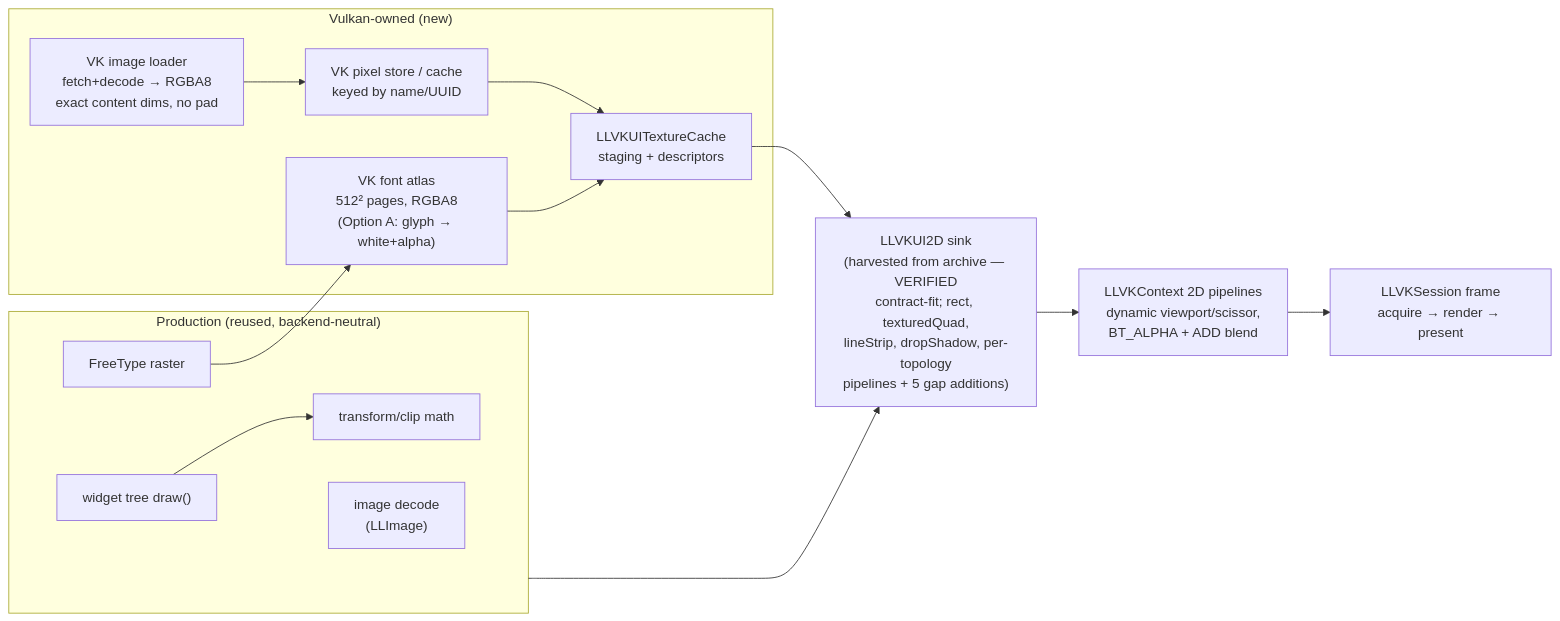
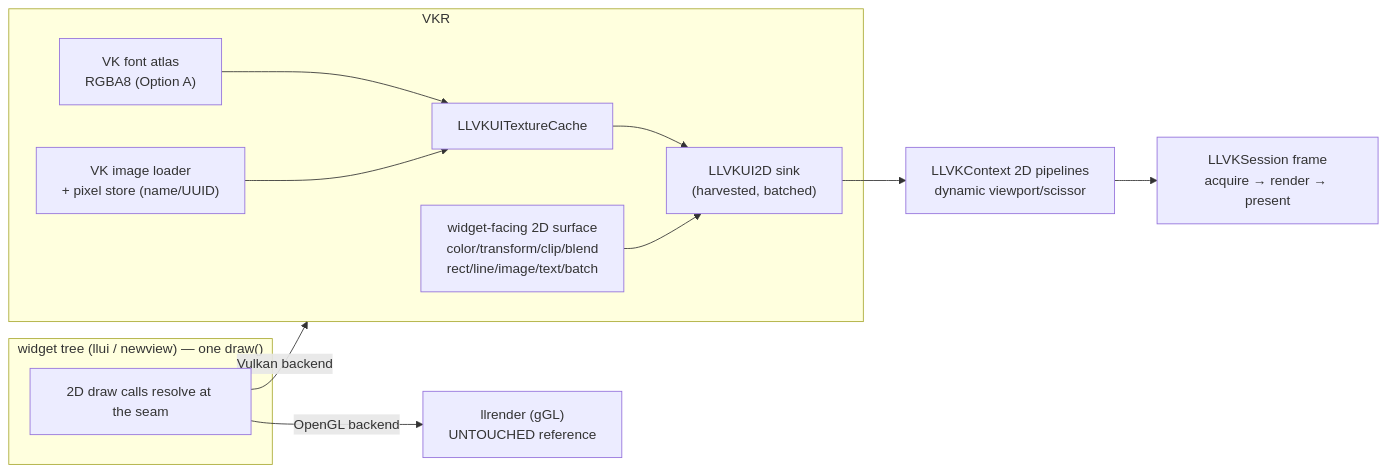
Before and after one commit to FirestormViewer/phoenix-firestorm: the second of 2 diagrams in doc/vulkan/phase3_v2_ui_plan.md, drawn with Mermaid. The commit also changed other lines of this file, not shown here.

First line of the commit message:
Phase 3 (v2): fully-parallel llvkrender architecture (decided)

````diff
--- a/doc/vulkan/phase3_v2_ui_plan.md
+++ b/doc/vulkan/phase3_v2_ui_plan.md
@@ -157,20 +163,19 @@
 ```mermaid
 flowchart LR
-    subgraph PROD["Production (reused, backend-neutral)"]
-      W["widget tree draw()"] --> P1["transform/clip math"]
-      IMGDEC["image decode<br/>(LLImage)"] 
-      FT["FreeType raster"]
+    subgraph TREE["widget tree (llui / newview) — one draw()"]
+      D["2D draw calls resolve at the seam"]
     end
-    PROD --> SINK["LLVKUI2D sink<br/>(harvested from archive — VERIFIED<br/>contract-fit; rect, texturedQuad,<br/>lineStrip, dropShadow, per-topology<br/>pipelines + 5 gap additions)"]
-    subgraph VKOWN["Vulkan-owned (new)"]
-      LOADER["VK image loader<br/>fetch+decode → RGBA8<br/>exact content dims, no pad"]
-      STORE["VK pixel store / cache<br/>keyed by name/UUID"]
-      ATLAS["VK font atlas<br/>512² pages, RGBA8<br/>(Option A: glyph → white+alpha)"]
-      TEXC["LLVKUITextureCache<br/>staging + descriptors"]
+    D -->|"OpenGL backend"| GLR["llrender (gGL)<br/>UNTOUCHED reference"]
+    D -->|"Vulkan backend"| VKR["llvkrender<br/>Vulkan-native 2D render layer<br/>(NEW module)"]
+    subgraph VKR
+      SURF["widget-facing 2D surface<br/>color/transform/clip/blend<br/>rect/line/image/text/batch"]
+      SURF --> SINK["LLVKUI2D sink<br/>(harvested, batched)"]
+      LOADER["VK image loader<br/>+ pixel store (name/UUID)"]
+      ATLAS["VK font atlas<br/>RGBA8 (Option A)"]
+      LOADER --> TEXC["LLVKUITextureCache"]
+      ATLAS --> TEXC
+      TEXC --> SINK
     end
-    LOADER --> STORE --> TEXC
-    FT --> ATLAS --> TEXC
-    TEXC --> SINK
-    SINK --> CTX["LLVKContext 2D pipelines<br/>dynamic viewport/scissor,<br/>BT_ALPHA + ADD blend"]
+    SINK --> CTX["LLVKContext 2D pipelines<br/>dynamic viewport/scissor"]
     CTX --> SES["LLVKSession frame<br/>acquire → render → present"]
 ```
````
